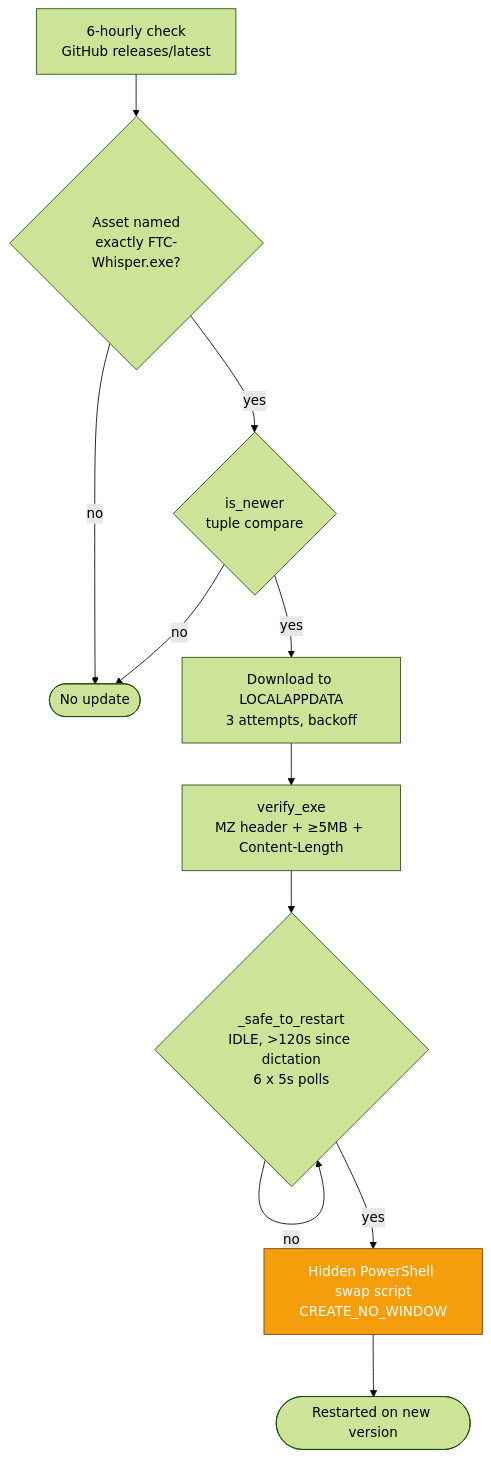
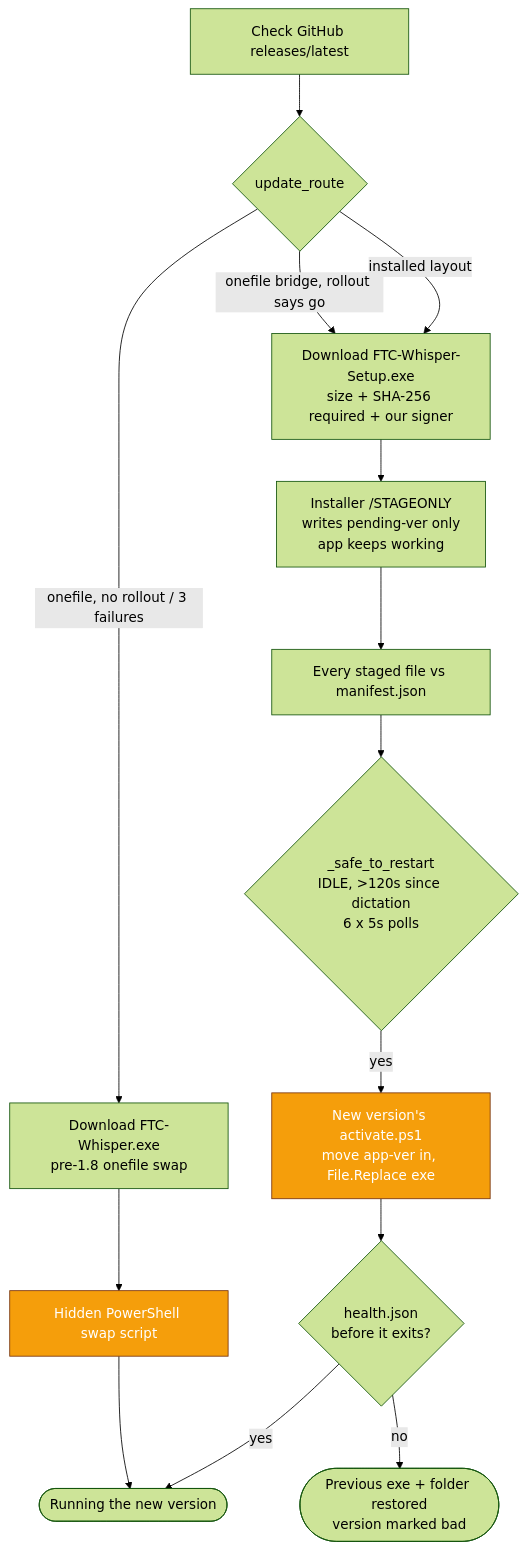
Before and after one commit to RJMURPHY0/BrightLink-Echo: the seventh of 7 diagrams in docs/ARCHITECTURE.md, drawn with Mermaid (forest theme). The commit also changed other lines of this file and 32 other files, not shown here.

First line of the commit message:
v1.8.0 - a real installer: installed (onedir) layout, nothing unpacked at launch

````diff
--- a/docs/ARCHITECTURE.md
+++ b/docs/ARCHITECTURE.md
@@ -223,16 +226,19 @@
 ```mermaid
 flowchart TD
-    CHK[6-hourly check<br/>GitHub releases/latest] --> A{Asset named<br/>exactly FTC-Whisper.exe?}
-    A -- no --> STOP([No update])
-    A -- yes --> N{is_newer<br/>tuple compare}
-    N -- no --> STOP
-    N -- yes --> DL[Download to LOCALAPPDATA<br/>3 attempts, backoff]
-    DL --> V[verify_exe<br/>MZ header + ≥5MB + Content-Length]
-    V --> IDLE{_safe_to_restart<br/>IDLE, >120s since dictation<br/>6 x 5s polls}
-    IDLE -- no --> IDLE
-    IDLE -- yes --> SWAP[Hidden PowerShell swap script<br/>CREATE_NO_WINDOW]
-    SWAP --> DONE([Restarted on new version])
+    CHK[Check GitHub releases/latest] --> R{update_route}
+    R -- installed layout --> DLS[Download FTC-Whisper-Setup.exe<br/>size + SHA-256 required + our signer]
+    R -- onefile bridge, rollout says go --> DLS
+    R -- onefile, no rollout / 3 failures --> DLO[Download FTC-Whisper.exe<br/>pre-1.8 onefile swap]
+    DLS --> STAGE[Installer /STAGEONLY<br/>writes pending-ver only<br/>app keeps working]
+    STAGE --> MAN[Every staged file vs manifest.json]
+    MAN --> IDLE{_safe_to_restart<br/>IDLE, >120s since dictation<br/>6 x 5s polls}
+    IDLE -- yes --> ACT[New version's activate.ps1<br/>move app-ver in, File.Replace exe]
+    ACT --> H{health.json<br/>before it exits?}
+    H -- yes --> DONE([Running the new version])
+    H -- no --> RB([Previous exe + folder restored<br/>version marked bad])
+    DLO --> SWAP[Hidden PowerShell swap script]
+    SWAP --> DONE
 
     classDef warn fill:#f59e0b,stroke:#78350f,color:#fff
-    class SWAP warn
+    class ACT,SWAP warn
 ```
````
